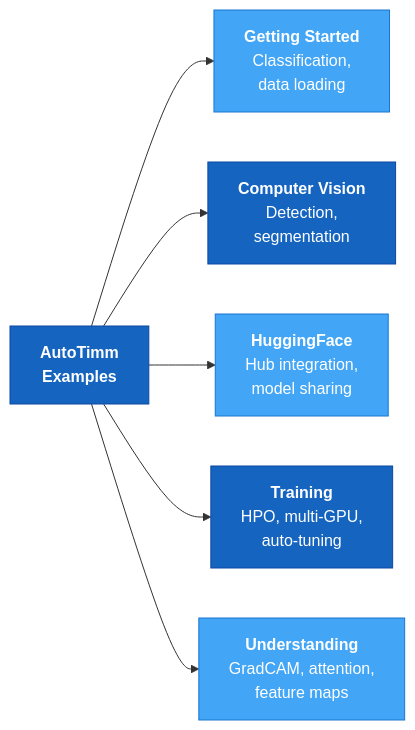
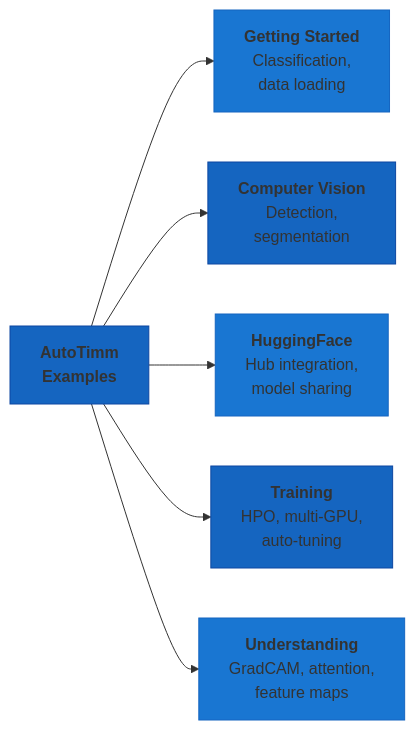
The diagram in docs/examples/index.md (theja-vanka/AutoTimm), drawn with Mermaid before and after one commit. The commit also changed other lines of this file and 37 other files, not shown here.

````diff
--- a/docs/examples/index.md
+++ b/docs/examples/index.md
@@ -7,15 +7,15 @@
 ```mermaid
 graph LR
     A[<b>AutoTimm<br/>Examples</b>] --> B[<b>Getting Started</b><br/>Classification,<br/>data loading]
     A --> C[<b>Computer Vision</b><br/>Detection,<br/>segmentation]
     A --> D[<b>HuggingFace</b><br/>Hub integration,<br/>model sharing]
     A --> E[<b>Training</b><br/>HPO, multi-GPU,<br/>auto-tuning]
     A --> F[<b>Understanding</b><br/>GradCAM, attention,<br/>feature maps]
 
-    style A fill:#1565C0,stroke:#0D47A1,color:#fff
-    style B fill:#42A5F5,stroke:#1976D2,color:#fff
-    style C fill:#1565C0,stroke:#0D47A1,color:#fff
-    style D fill:#42A5F5,stroke:#1976D2,color:#fff
-    style E fill:#1565C0,stroke:#0D47A1,color:#fff
-    style F fill:#42A5F5,stroke:#1976D2,color:#fff
+    style A fill:#1565C0,stroke:#0D47A1
+    style B fill:#1976D2,stroke:#1565C0
+    style C fill:#1565C0,stroke:#0D47A1
+    style D fill:#1976D2,stroke:#1565C0
+    style E fill:#1565C0,stroke:#0D47A1
+    style F fill:#1976D2,stroke:#1565C0
 ```
````
